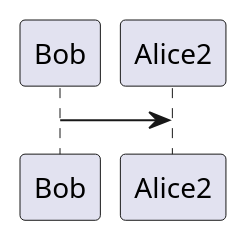
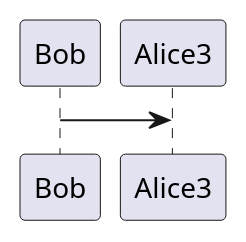
The diagram in diagrams/maze.puml (budgiedownunder/maze), drawn with PlantUML before and after one commit. The commit also changed 1 other file, not shown here.

```diff
--- a/diagrams/maze.puml
+++ b/diagrams/maze.puml
@@ -1,3 +1,3 @@
 @startuml maze_project
-Bob->Alice2
+Bob->Alice3
 @enduml
```
